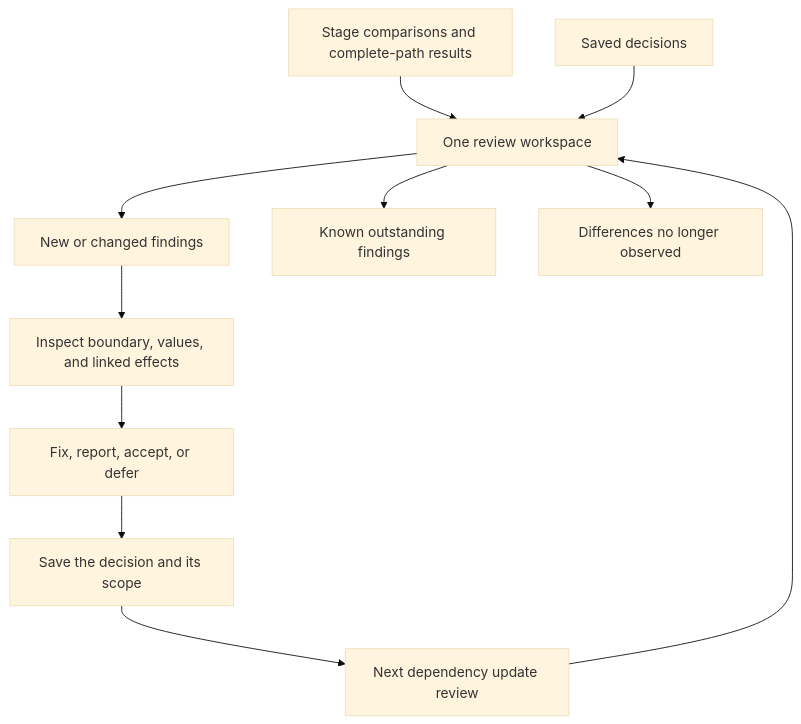
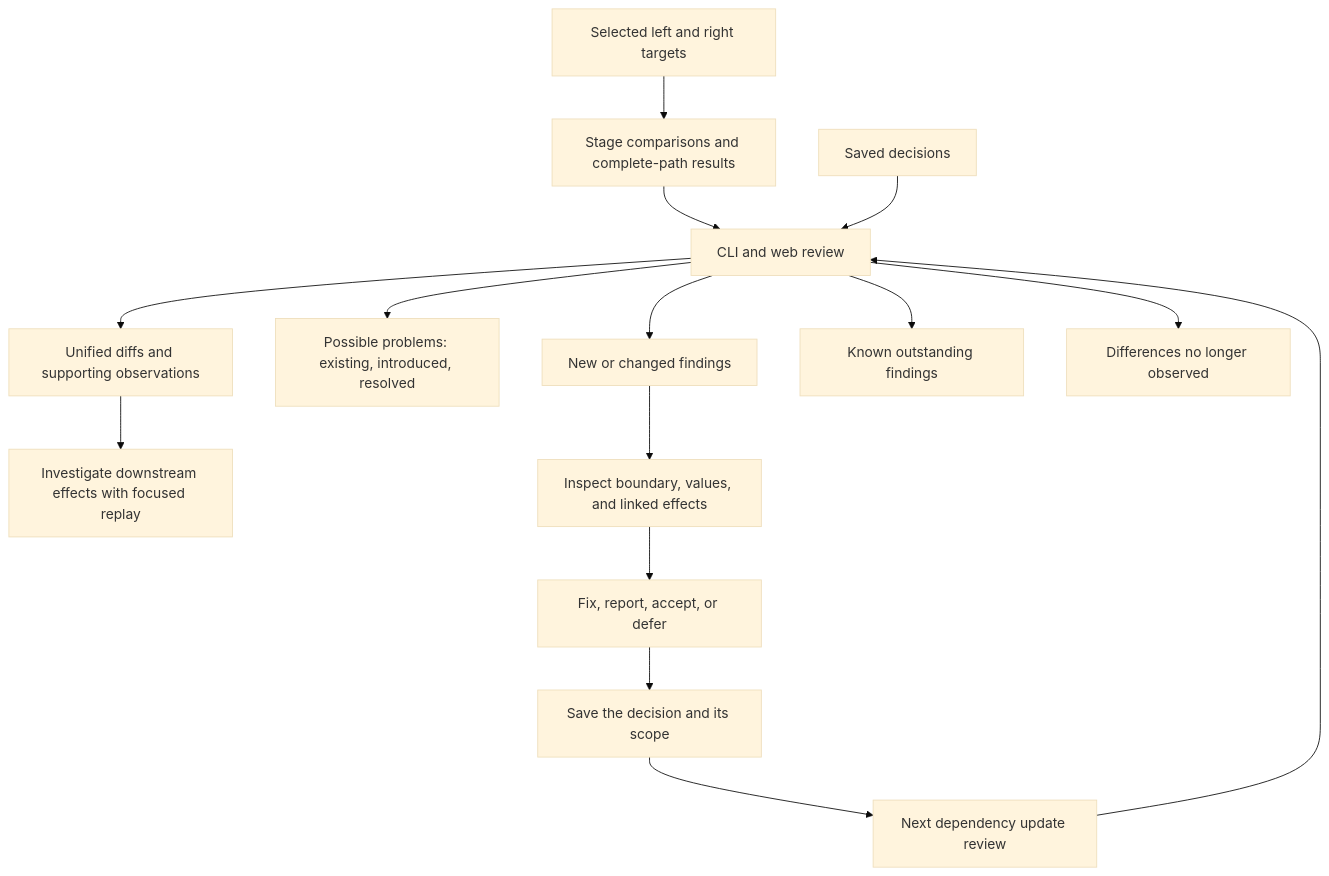
One commit to ORINOCO-Lite/orinoco-lite-dev changed the third of 3 diagrams in packages/diff-review-application/README.md. Above: the diagram before and after it, drawn with Mermaid (base theme). The commit also changed other lines of this file and 12 other files, not shown here.

First line of the commit message:
feat(review): present unified diffs and investigate rendering effects

````diff
--- a/packages/diff-review-application/README.md
+++ b/packages/diff-review-application/README.md
@@ -117,13 +163,17 @@
 ```mermaid
 flowchart TD
-  results[Stage comparisons and complete-path results] --> review[One review workspace]
+  targets[Selected left and right targets] --> results[Stage comparisons and complete-path results]
+  results --> review[CLI and web review]
+  review --> differences[Unified diffs and supporting observations]
+  review --> problems[Possible problems: existing, introduced, resolved]
+  differences --> effects[Investigate downstream effects with focused replay]
   previous[Saved decisions] --> review
   review --> new[New or changed findings]
   review --> outstanding[Known outstanding findings]
   review --> retirement[Differences no longer observed]
   new --> evidence[Inspect boundary, values, and linked effects]
   evidence --> decision[Fix, report, accept, or defer]
   decision --> saved[Save the decision and its scope]
   saved --> next[Next dependency update review]
   next --> review
 ```
````
